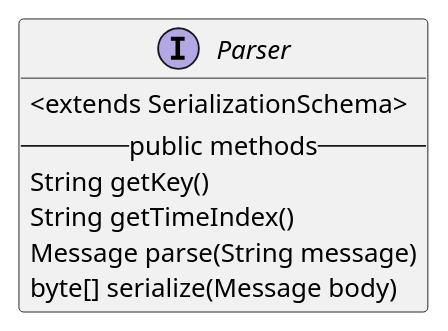
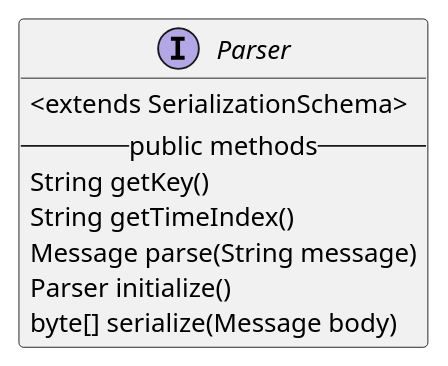
One commit to datakaveri/iudx-adaptor-framework changed the diagram in docs/diagrams/Parser.puml. Above: the diagram before and after it, drawn with PlantUML. The commit also changed 18 other files, not shown here.

```diff
--- a/docs/diagrams/Parser.puml
+++ b/docs/diagrams/Parser.puml
@@ -1,10 +1,11 @@
 @startuml
 interface Parser  {
     <extends SerializationSchema>
   -- public methods --
   String getKey()
   String getTimeIndex()
   Message parse(String message)
+  Parser initialize()
   byte[] serialize(Message body)
 }
 @enduml
```
